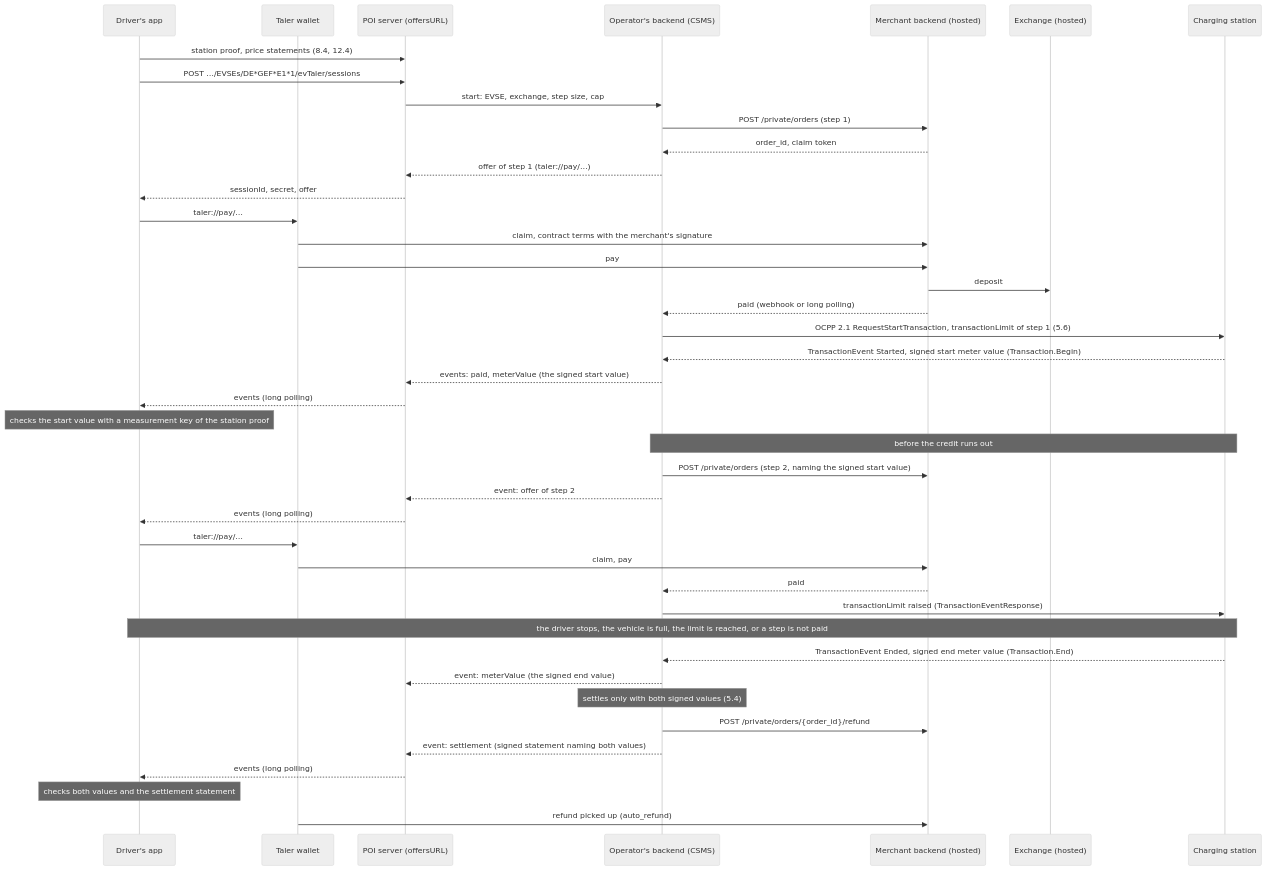
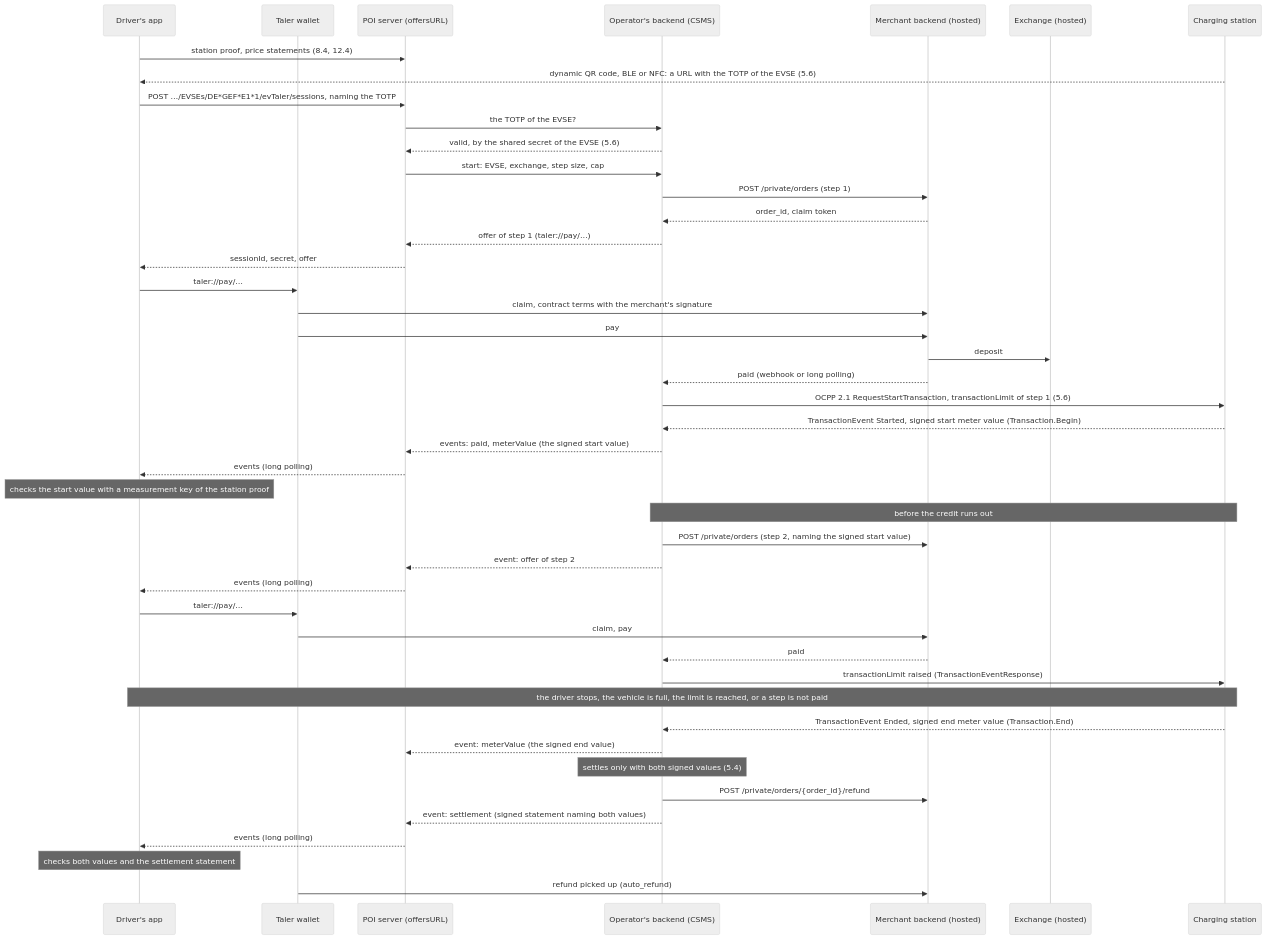
Before and after one commit to OpenChargingCloud/WWCP_POI: the diagram in concepts/EVTaler.md, drawn with Mermaid (neutral theme). The commit also changed other lines of this file and 15 other files, not shown here.

````diff
--- a/concepts/EVTaler.md
+++ b/concepts/EVTaler.md
@@ -281,44 +287,47 @@
 ```mermaid
 sequenceDiagram
     participant App as Driver's app
     participant W as Taler wallet
     participant P as POI server (offersURL)
     participant B as Operator's backend (CSMS)
     participant M as Merchant backend (hosted)
     participant X as Exchange (hosted)
     participant S as Charging station
     App->>P: station proof, price statements (8.4, 12.4)
-    App->>P: POST …/EVSEs/DE*GEF*E1*1/evTaler/sessions
+    S-->>App: dynamic QR code, BLE or NFC: a URL with the TOTP of the EVSE (5.6)
+    App->>P: POST …/EVSEs/DE*GEF*E1*1/evTaler/sessions, naming the TOTP
+    P->>B: the TOTP of the EVSE?
+    B-->>P: valid, by the shared secret of the EVSE (5.6)
     P->>B: start: EVSE, exchange, step size, cap
     B->>M: POST /private/orders (step 1)
     M-->>B: order_id, claim token
     B-->>P: offer of step 1 (taler://pay/…)
     P-->>App: sessionId, secret, offer
     App->>W: taler://pay/…
     W->>M: claim, contract terms with the merchant's signature
     W->>M: pay
     M->>X: deposit
     M-->>B: paid (webhook or long polling)
     B->>S: OCPP 2.1 RequestStartTransaction, transactionLimit of step 1 (5.6)
     S-->>B: TransactionEvent Started, signed start meter value (Transaction.Begin)
     B-->>P: events: paid, meterValue (the signed start value)
     P-->>App: events (long polling)
     Note over App: checks the start value with a measurement key of the station proof
     Note over B,S: before the credit runs out
     B->>M: POST /private/orders (step 2, naming the signed start value)
     B-->>P: event: offer of step 2
     P-->>App: events (long polling)
     App->>W: taler://pay/…
     W->>M: claim, pay
     M-->>B: paid
     B->>S: transactionLimit raised (TransactionEventResponse)
     Note over App,S: the driver stops, the vehicle is full, the limit is reached, or a step is not paid
     S-->>B: TransactionEvent Ended, signed end meter value (Transaction.End)
     B-->>P: event: meterValue (the signed end value)
     Note over B: settles only with both signed values (5.4)
     B->>M: POST /private/orders/{order_id}/refund
     B-->>P: event: settlement (signed statement naming both values)
     P-->>App: events (long polling)
     Note over App: checks both values and the settlement statement
     W->>M: refund picked up (auto_refund)
 ```
````
